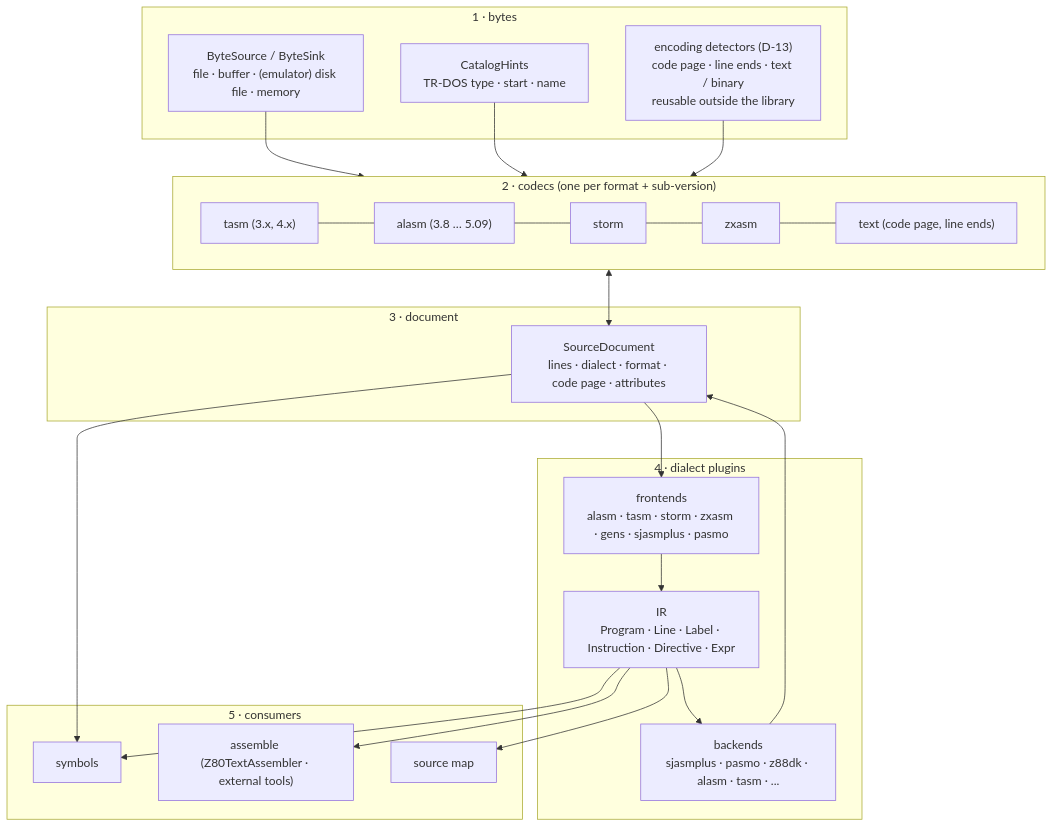
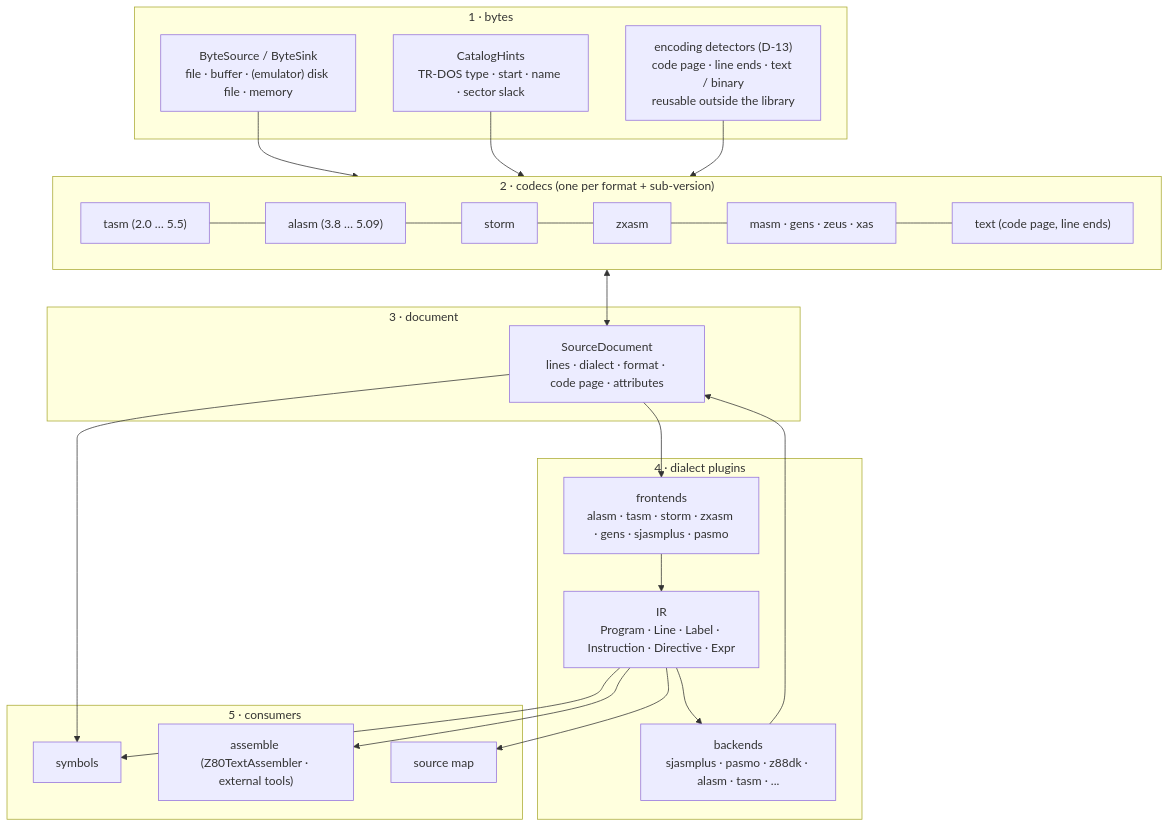
One commit to alfishe/unreal-ng changed the first of 9 diagrams in docs/inprogress/2026-10-05-unreal-asm/architecture.md. Above: the diagram before and after it, drawn with Mermaid. The commit also changed other lines of this file and 56 other files, not shown here.

First line of the commit message:
feat(unreal-asm): A6 XAS codec, versions 4.18 ... 9.10; line numbers in SourceLine

````diff
--- a/docs/inprogress/2026-10-05-unreal-asm/architecture.md
+++ b/docs/inprogress/2026-10-05-unreal-asm/architecture.md
@@ -21,31 +21,31 @@
 ```mermaid
 flowchart TB
     subgraph L1["1 · bytes"]
         BS["ByteSource / ByteSink<br/>file · buffer · (emulator) disk file · memory"]
-        CH["CatalogHints<br/>TR-DOS type · start · name"]
+        CH["CatalogHints<br/>TR-DOS type · start · name · sector slack"]
         EN["encoding detectors (D-13)<br/>code page · line ends · text / binary<br/>reusable outside the library"]
     end
     subgraph L2["2 · codecs (one per format + sub-version)"]
-        C1["tasm (3.x, 4.x)"] --- C3["alasm (3.8 … 5.09)"] --- C4["storm"] --- C5["zxasm"] --- C6["text (code page, line ends)"]
+        C1["tasm (2.0 … 5.5)"] --- C3["alasm (3.8 … 5.09)"] --- C4["storm"] --- C5["zxasm"] --- C7["masm · gens · zeus · xas"] --- C6["text (code page, line ends)"]
     end
     subgraph L3["3 · document"]
         SD["SourceDocument<br/>lines · dialect · format · code page · attributes"]
     end
     subgraph L4["4 · dialect plugins"]
         FE["frontends<br/>alasm · tasm · storm · zxasm · gens · sjasmplus · pasmo"]
         IR["IR<br/>Program · Line · Label · Instruction · Directive · Expr"]
         BE["backends<br/>sjasmplus · pasmo · z88dk · alasm · tasm · ..."]
     end
     subgraph L5["5 · consumers"]
         SY["symbols"]
         ASM["assemble (Z80TextAssembler · external tools)"]
         SM["source map"]
     end
     BS --> L2
     CH --> L2
     EN --> L2
     L2 <--> SD
     SD --> FE --> IR --> BE --> SD
     IR --> SY & ASM & SM
     SD --> SY
 ```
````
